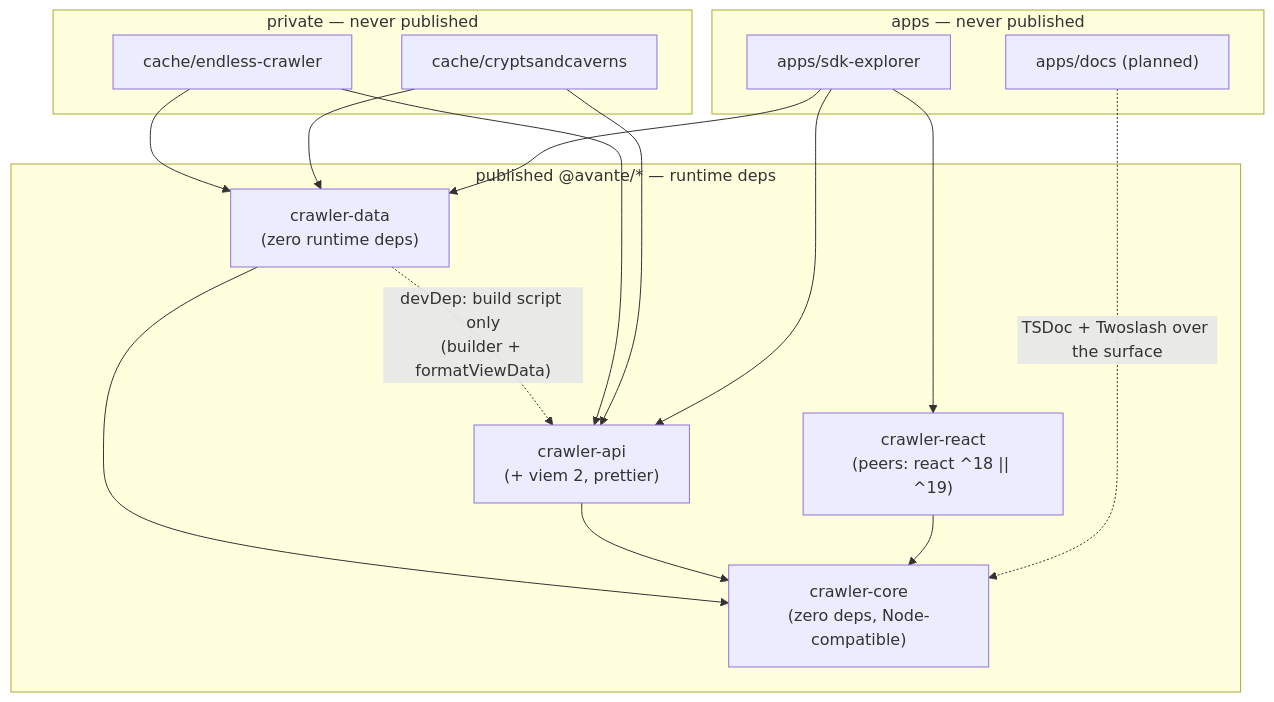
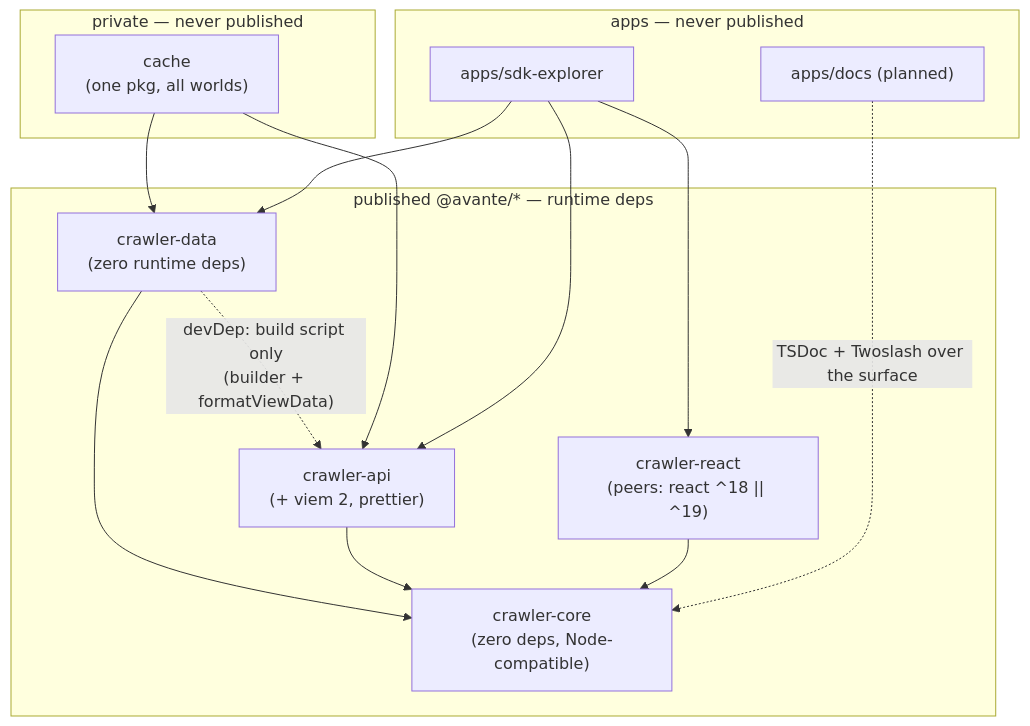
The diagram in specs/SDK_SPECS.md (EndlessCrawler/crawler-sdk), drawn with Mermaid before and after one commit. The commit also changed other lines of this file and 2 other files, not shown here.

Commit message:
SPECS P4 update (cache)

````diff
--- a/specs/SDK_SPECS.md
+++ b/specs/SDK_SPECS.md
@@ -29,35 +28,32 @@
 ```mermaid
 flowchart TD
   subgraph pub ["published @avante/* — runtime deps"]
     core["crawler-core<br/>(zero deps, Node-compatible)"]
     data["crawler-data<br/>(zero runtime deps)"]
     api["crawler-api<br/>(+ viem 2, prettier)"]
     react["crawler-react<br/>(peers: react ^18 || ^19)"]
   end
 
   subgraph priv ["private — never published"]
-    cacheEC["cache/endless-crawler"]
-    cacheCC["cache/cryptsandcaverns"]
+    cache["cache<br/>(one pkg, all worlds)"]
   end
 
   subgraph apps ["apps — never published"]
     explorer["apps/sdk-explorer"]
     docs["apps/docs (planned)"]
   end
 
   data --> core
   api --> core
   react --> core
 
   data -. "devDep: build script only<br/>(builder + formatViewData)" .-> api
 
-  cacheEC --> api
-  cacheEC --> data
-  cacheCC --> api
-  cacheCC --> data
+  cache --> api
+  cache --> data
 
   explorer --> react
   explorer --> data
   explorer --> api
   docs -. "TSDoc + Twoslash over the surface" .-> core
 ```
````
